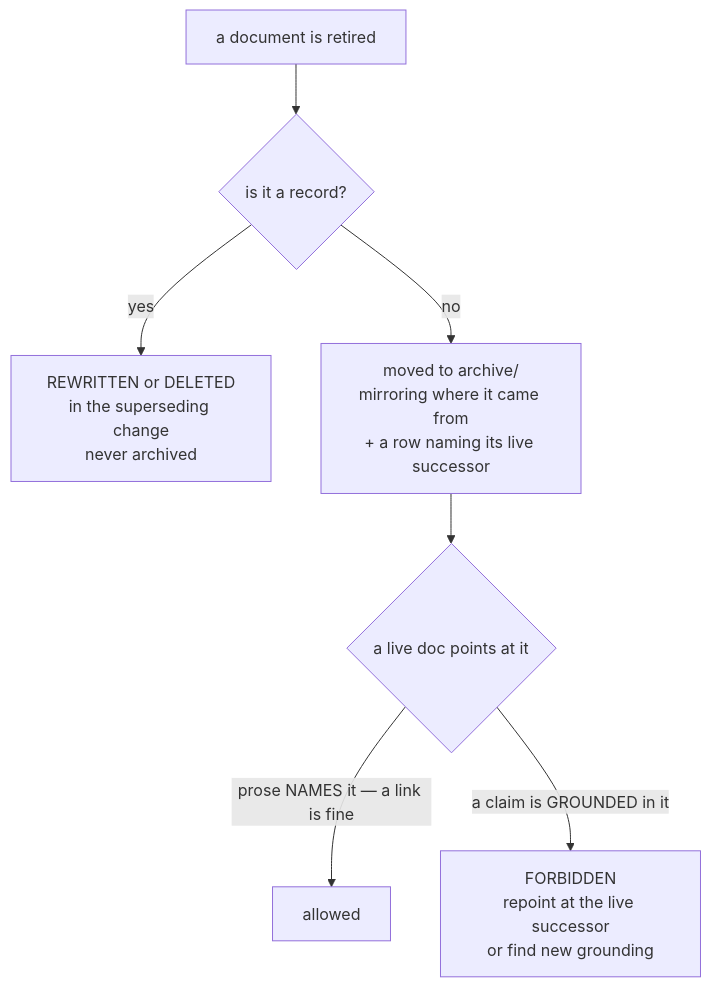
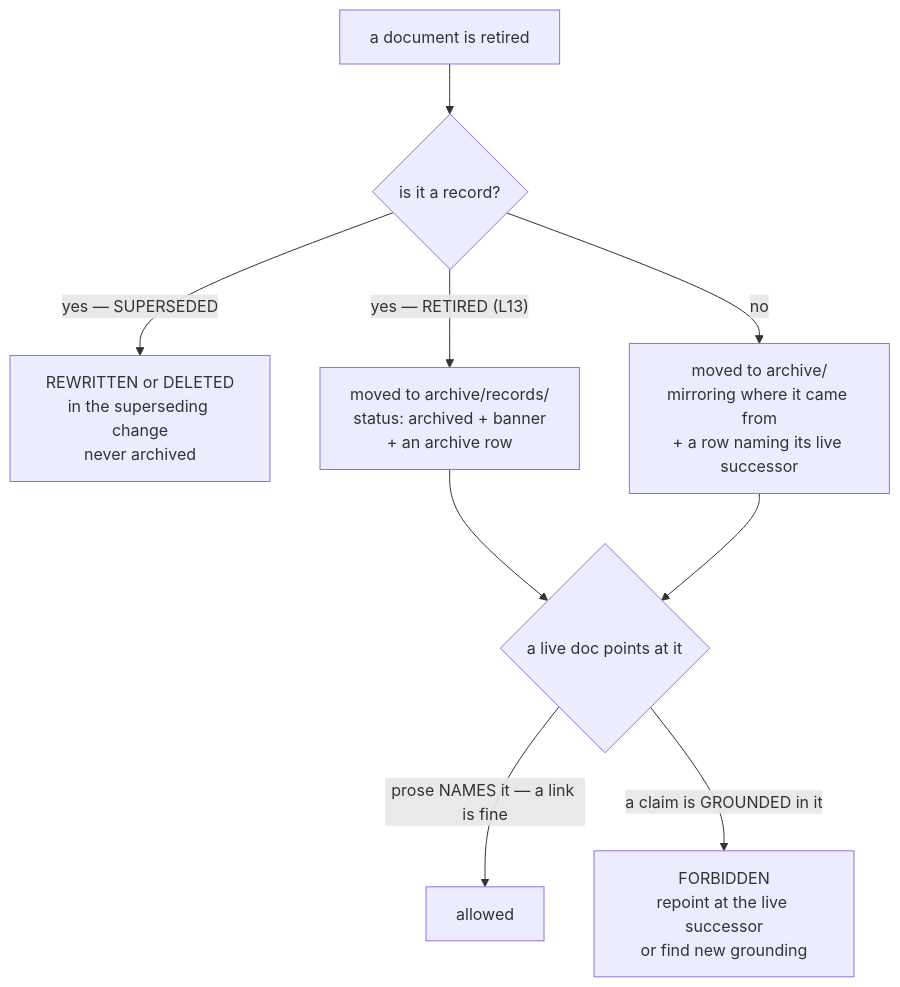
One commit to arpitarya/fux changed the diagram in records/0062_WORK-archive.md. Above: the diagram before and after it, drawn with Mermaid. The commit also changed other lines of this file and 35 other files, not shown here.

First line of the commit message:
feat(w231,law): L13 — a retired SR is archived, never deleted; SR-LAW-5 moved to archive/records/

````diff
--- a/records/0062_WORK-archive.md
+++ b/records/0062_WORK-archive.md
@@ -45,9 +48,11 @@
 ```mermaid
 flowchart TD
     A["a document is retired"] --> B{"is it a record?"}
-    B -->|"yes"| C["REWRITTEN or DELETED<br/>in the superseding change<br/>never archived"]
+    B -->|"yes — SUPERSEDED"| C["REWRITTEN or DELETED<br/>in the superseding change<br/>never archived"]
+    B -->|"yes — RETIRED (L13)"| R["moved to archive/records/<br/>status: archived + banner<br/>+ an archive row"]
     B -->|"no"| D["moved to archive/<br/>mirroring where it came from<br/>+ a row naming its live successor"]
+    R --> E
     D --> E{"a live doc points at it"}
     E -->|"prose NAMES it — a link is fine"| F["allowed"]
     E -->|"a claim is GROUNDED in it"| G["FORBIDDEN<br/>repoint at the live successor<br/>or find new grounding"]
 ```
````
